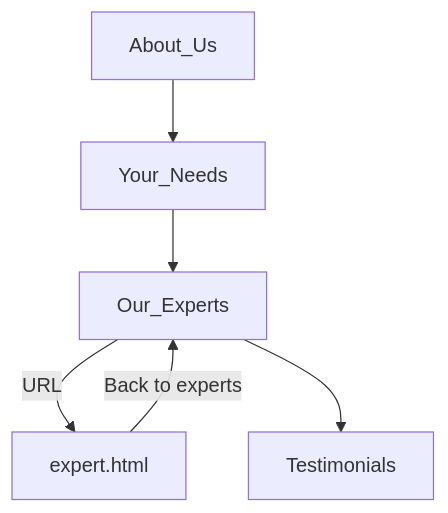
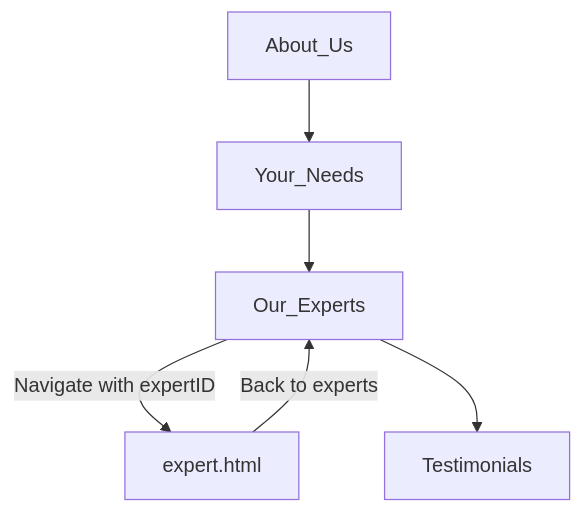
The diagram in learnings/markup.md (FAC29A/alex-portfolio), drawn with Mermaid before and after one commit.

````diff
--- a/learnings/markup.md
+++ b/learnings/markup.md
@@ -32,8 +32,8 @@
 ```mermaid
 graph TD;
     About_Us-->Your_Needs;
     Your_Needs-->Our_Experts;
-    Our_Experts-->|URL|expert.html;
+    Our_Experts-->|Navigate with expertID|expert.html;
     Our_Experts-->Testimonials;
     expert.html-->|Back to experts|Our_Experts;
 ```
````
